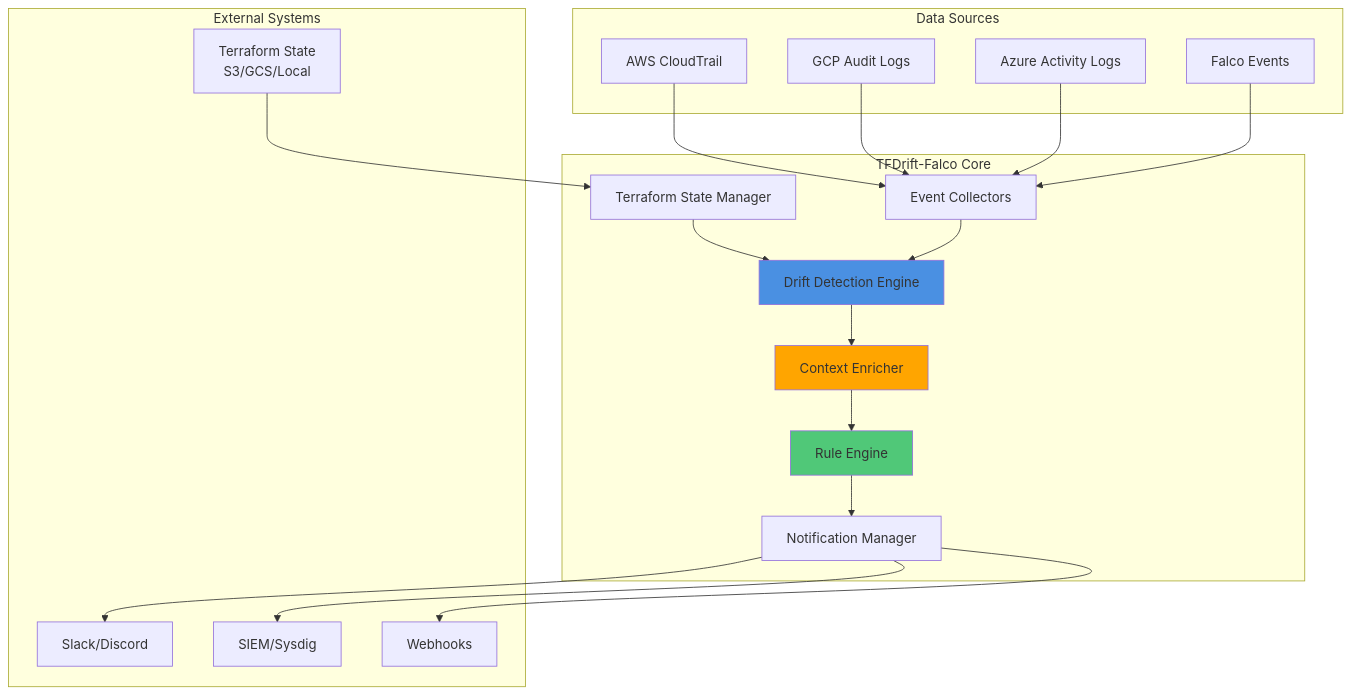
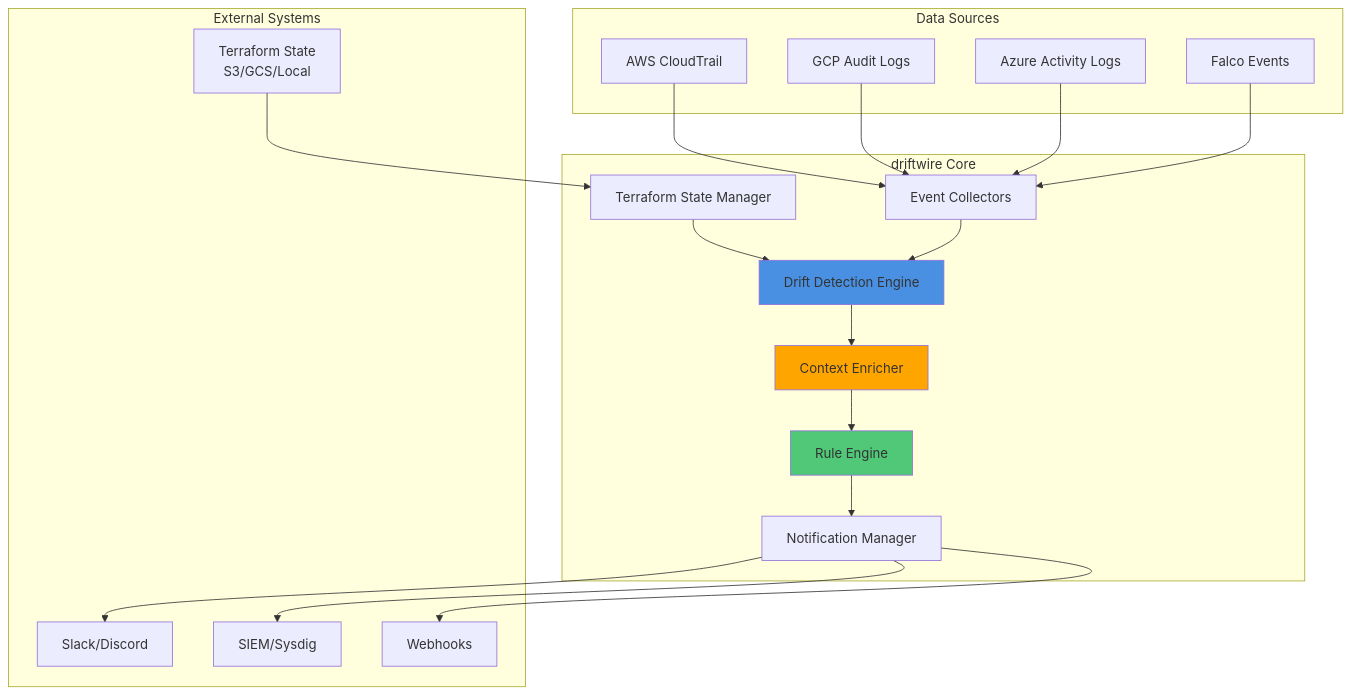
One commit to higakikeita/tfdrift-falco changed the first of 13 diagrams in docs/architecture.md. Above: the diagram before and after it, drawn with Mermaid. The commit also changed other lines of this file and 448 other files, not shown here.

````diff
--- a/docs/architecture.md
+++ b/docs/architecture.md
@@ -38,46 +38,46 @@
 ```mermaid
 graph TB
     subgraph "Data Sources"
         A1[AWS CloudTrail]
         A2[GCP Audit Logs]
         A3[Azure Activity Logs]
         A4[Falco Events]
     end
 
-    subgraph "TFDrift-Falco Core"
+    subgraph "driftwire Core"
         B1[Event Collectors]
         B2[Terraform State Manager]
         B3[Drift Detection Engine]
         B4[Context Enricher]
         B5[Rule Engine]
         B6[Notification Manager]
     end
 
     subgraph "External Systems"
         C1[Terraform State<br/>S3/GCS/Local]
         C2[Slack/Discord]
         C3[SIEM/Sysdig]
         C4[Webhooks]
     end
 
     A1 --> B1
     A2 --> B1
     A3 --> B1
     A4 --> B1
 
     C1 --> B2
 
     B1 --> B3
     B2 --> B3
     B3 --> B4
     B4 --> B5
     B5 --> B6
 
     B6 --> C2
     B6 --> C3
     B6 --> C4
 
     style B3 fill:#4A90E2
     style B4 fill:#FFA500
     style B5 fill:#50C878
 ```
````
